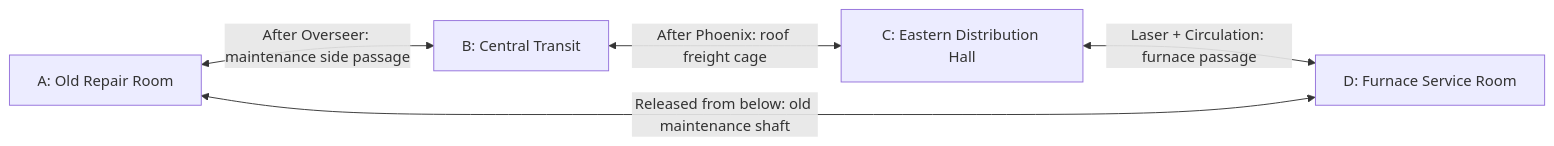
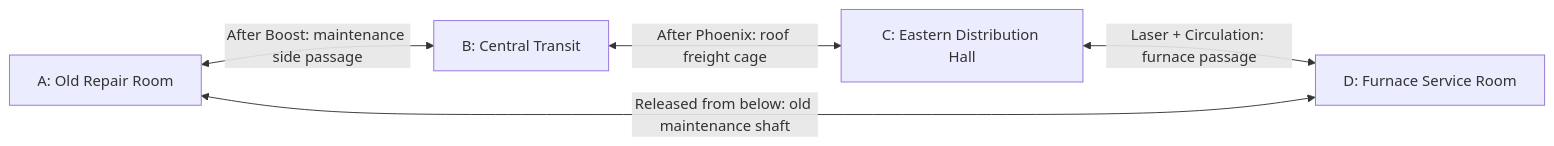
The second of 2 diagrams in Gamespec.md (Milky2018/tankle-adventure-astra), drawn with Mermaid before and after one commit. The commit also changed other lines of this file and 30 other files, not shown here.

````diff
--- a/Gamespec.md
+++ b/Gamespec.md
@@ -496,7 +499,7 @@
 ```mermaid
 flowchart LR
-    A["A: Old Repair Room"] <-->|"After Overseer: maintenance side passage"| B["B: Central Transit"]
+    A["A: Old Repair Room"] <-->|"After Boost: maintenance side passage"| B["B: Central Transit"]
     B <-->|"After Phoenix: roof freight cage"| C["C: Eastern Distribution Hall"]
     C <-->|"Laser + Circulation: furnace passage"| D["D: Furnace Service Room"]
     D <-->|"Released from below: old maintenance shaft"| A
 ```
````
